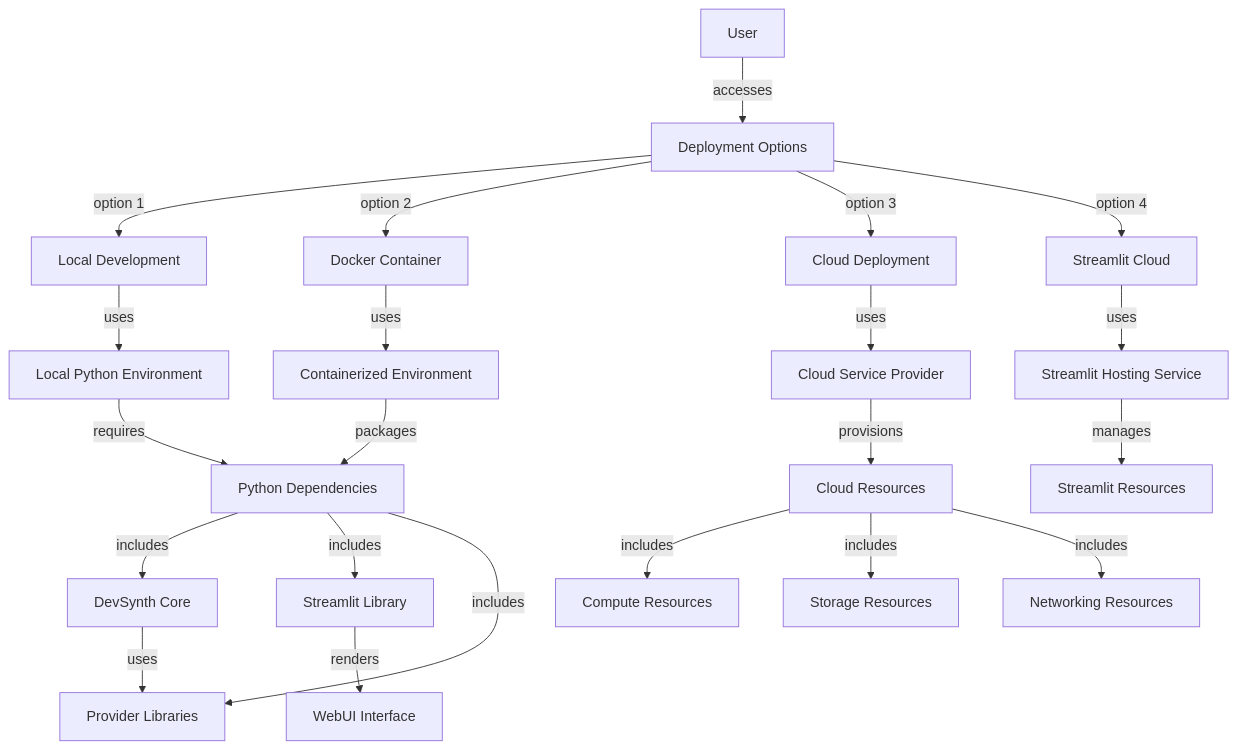
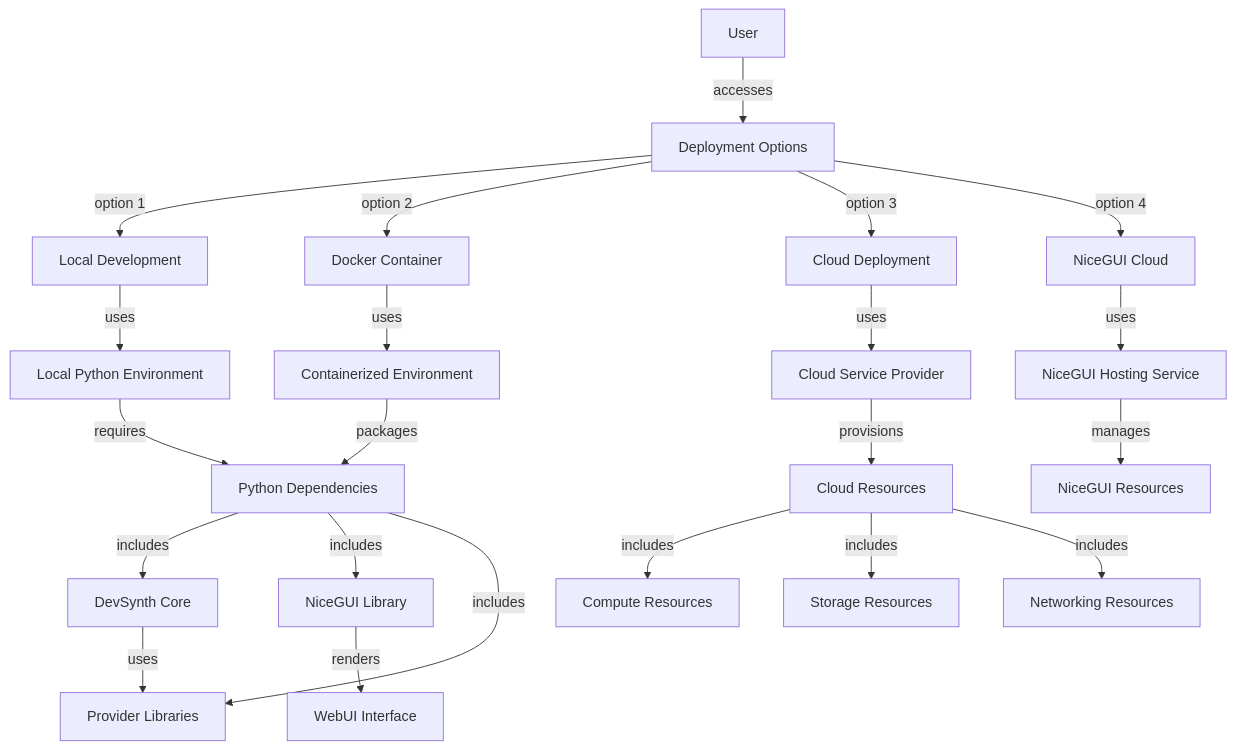
Before and after one commit to ravenoak/devsynth: the fifth of 5 diagrams in docs/architecture/webui_overview.md, drawn with Mermaid. The commit also changed other lines of this file and 34 other files, not shown here.

Commit message:
docs: migrate WebUI docs to NiceGUI

````diff
--- a/docs/architecture/webui_overview.md
+++ b/docs/architecture/webui_overview.md
@@ -853,30 +853,30 @@
 ```mermaid
 flowchart TD
     User[User] -->|accesses| Deploy[Deployment Options]
 
     Deploy -->|option 1| Local[Local Development]
     Deploy -->|option 2| Docker[Docker Container]
     Deploy -->|option 3| Cloud[Cloud Deployment]
-    Deploy -->|option 4| StreamlitCloud[Streamlit Cloud]
+    Deploy -->|option 4| NiceGUICloud[NiceGUI Cloud]
 
     Local -->|uses| LocalPython[Local Python Environment]
     Docker -->|uses| DockerContainer[Containerized Environment]
     Cloud -->|uses| CloudService[Cloud Service Provider]
-    StreamlitCloud -->|uses| StreamlitHosting[Streamlit Hosting Service]
+    NiceGUICloud -->|uses| NiceGUIHosting[NiceGUI Hosting Service]
 
     LocalPython -->|requires| Dependencies[Python Dependencies]
     DockerContainer -->|packages| Dependencies
     CloudService -->|provisions| CloudResources[Cloud Resources]
-    StreamlitHosting -->|manages| StreamlitResources[Streamlit Resources]
+    NiceGUIHosting -->|manages| NiceGUIResources[NiceGUI Resources]
 
     Dependencies -->|includes| Core[DevSynth Core]
-    Dependencies -->|includes| Streamlit[Streamlit Library]
+    Dependencies -->|includes| NiceGUI[NiceGUI Library]
     Dependencies -->|includes| LLMProviders[Provider Libraries]
 
     CloudResources -->|includes| Compute[Compute Resources]
     CloudResources -->|includes| Storage[Storage Resources]
     CloudResources -->|includes| Networking[Networking Resources]
 
     Core -->|uses| LLMProviders
-    Streamlit -->|renders| WebUI[WebUI Interface]
+    NiceGUI -->|renders| WebUI[WebUI Interface]
 ```
````
